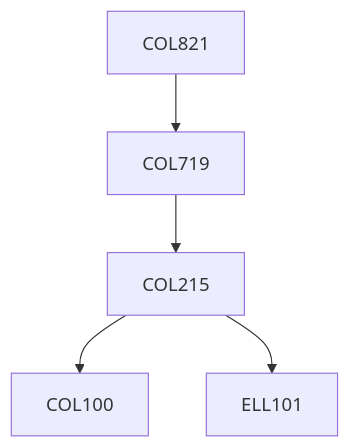
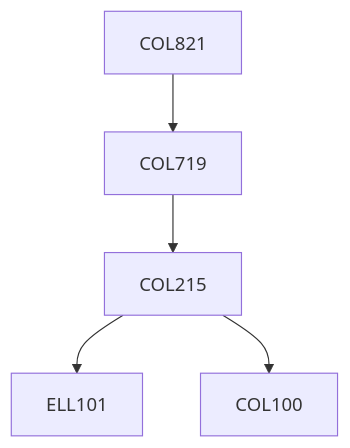
One commit to KeshavBansal0122/CoS_Website changed the diagram in content/Computer Science and Engineering/COL821.md. Above: the diagram before and after it, drawn with Mermaid. The commit also changed other lines of this file and 2662 other files, not shown here.

````diff
--- a/content/Computer Science and Engineering/COL821.md
+++ b/content/Computer Science and Engineering/COL821.md
@@ -13,11 +13,11 @@
 ```mermaid
 flowchart TD
 COL821-235[COL821]
+COL821-235 --> COL719-235[COL719]
+COL215-235 --> ELL101-235[ELL101]
 COL215-235 --> COL100-235[COL100]
 COL719-235 --> COL215-235[COL215]
-COL821-235 --> COL719-235[COL719]
-COL215-235 --> ELL101-235[ELL101]
 
 classDef empty height:17px, fill:transparent, stroke:transparent;
 classDef trueEmpty height:0px, width:0px;
 ```
````
